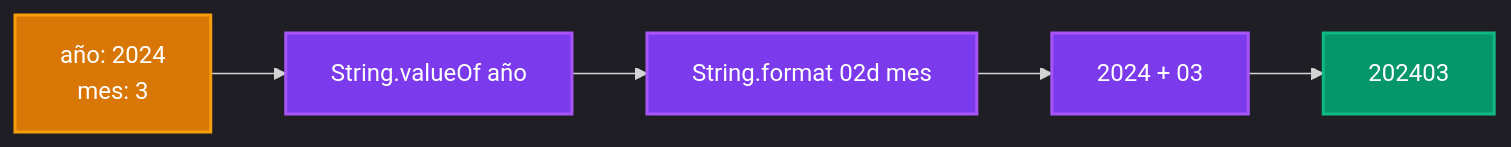
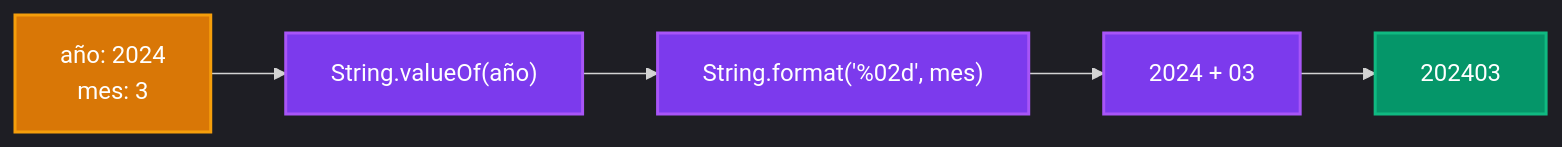
One commit to pybalt/algo2 changed diagram 14 of 17 in tp-final/README_IMPLEMENTACIONES.md. Above: the diagram before and after it, drawn with Mermaid. The commit also changed other lines of this file, not shown here.

Commit message:
Revise README_IMPLEMENTACIONES.md to update data structure descriptions, enhance diagram clarity, and improve overall organization. Key changes include restructuring sections on data hierarchies, refining hash table explanations, and optimizing visual elements for better readability.

````diff
--- a/tp-final/README_IMPLEMENTACIONES.md
+++ b/tp-final/README_IMPLEMENTACIONES.md
@@ -374,14 +377,14 @@
 ```mermaid
 %%{init: {'theme':'dark'}}%%
 flowchart LR
-    A[año: 2024<br/>mes: 3] --> B[String.valueOf año]
-    B --> C[String.format 02d mes]
-    C --> D[2024 + 03]
-    D --> E[202403]
+    A["año: 2024<br/>mes: 3"] --> B["String.valueOf(año)"]
+    B --> C["String.format('%02d', mes)"]
+    C --> D["2024 + 03"]
+    D --> E["202403"]
     
     style A fill:#d97706,stroke:#f59e0b,stroke-width:2px,color:#fff
     style B fill:#7c3aed,stroke:#a855f7,stroke-width:2px,color:#fff
     style C fill:#7c3aed,stroke:#a855f7,stroke-width:2px,color:#fff
     style D fill:#7c3aed,stroke:#a855f7,stroke-width:2px,color:#fff
     style E fill:#059669,stroke:#10b981,stroke-width:2px,color:#fff
 ```
````
